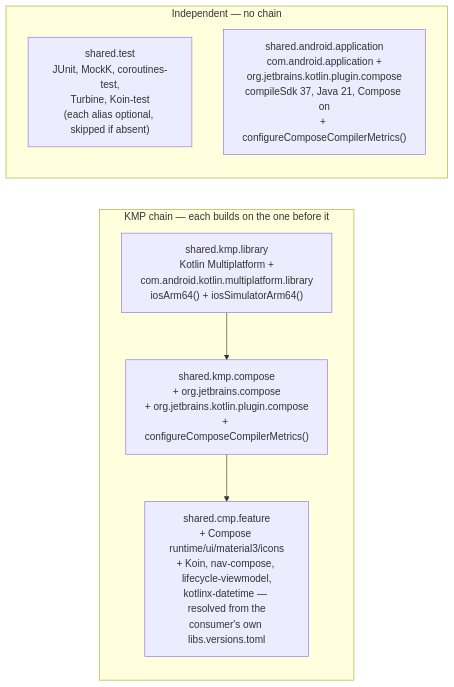
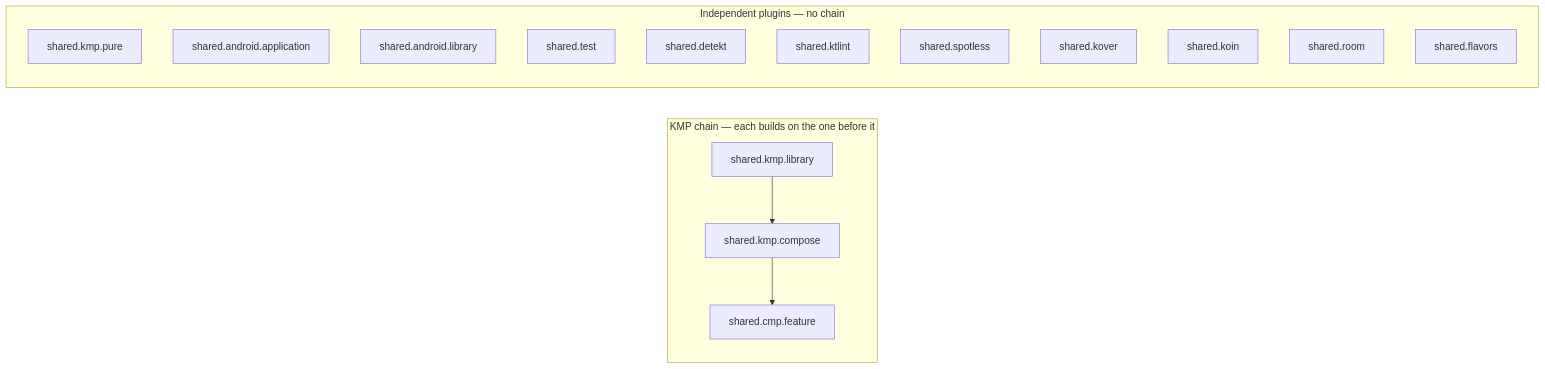
Before and after one commit to darkpandawarrior/kmp-build-logic: the diagram in README.md, drawn with Mermaid. The commit also changed other lines of this file and 1 other file, not shown here.

First line of the commit message:
docs: rebuild README and banner for full 14-plugin surface

````diff
--- a/README.md
+++ b/README.md
@@ -52,14 +84,23 @@
 ```mermaid
 graph LR
     subgraph chain["KMP chain — each builds on the one before it"]
-        KL["shared.kmp.library<br/>Kotlin Multiplatform +<br/>com.android.kotlin.multiplatform.library<br/>iosArm64() + iosSimulatorArm64()"]
-        KC["shared.kmp.compose<br/>+ org.jetbrains.compose<br/>+ org.jetbrains.kotlin.plugin.compose<br/>+ configureComposeCompilerMetrics()"]
-        CF["shared.cmp.feature<br/>+ Compose runtime/ui/material3/icons<br/>+ Koin, nav-compose, lifecycle-viewmodel,<br/>kotlinx-datetime — resolved from the<br/>consumer's own libs.versions.toml"]
+        KL["shared.kmp.library"]
+        KC["shared.kmp.compose"]
+        CF["shared.cmp.feature"]
         KL --> KC --> CF
     end
 
-    subgraph standalone["Independent — no chain"]
-        T["shared.test<br/>JUnit, MockK, coroutines-test,<br/>Turbine, Koin-test<br/>(each alias optional, skipped if absent)"]
-        AA["shared.android.application<br/>com.android.application +<br/>org.jetbrains.kotlin.plugin.compose<br/>compileSdk 37, Java 21, Compose on<br/>+ configureComposeCompilerMetrics()"]
+    subgraph standalone["Independent plugins — no chain"]
+        KP["shared.kmp.pure"]
+        AA["shared.android.application"]
+        AL["shared.android.library"]
+        T["shared.test"]
+        DTK["shared.detekt"]
+        KTL["shared.ktlint"]
+        SPL["shared.spotless"]
+        KOV["shared.kover"]
+        KOI["shared.koin"]
+        RM["shared.room"]
+        FL["shared.flavors"]
     end
 ```
````
